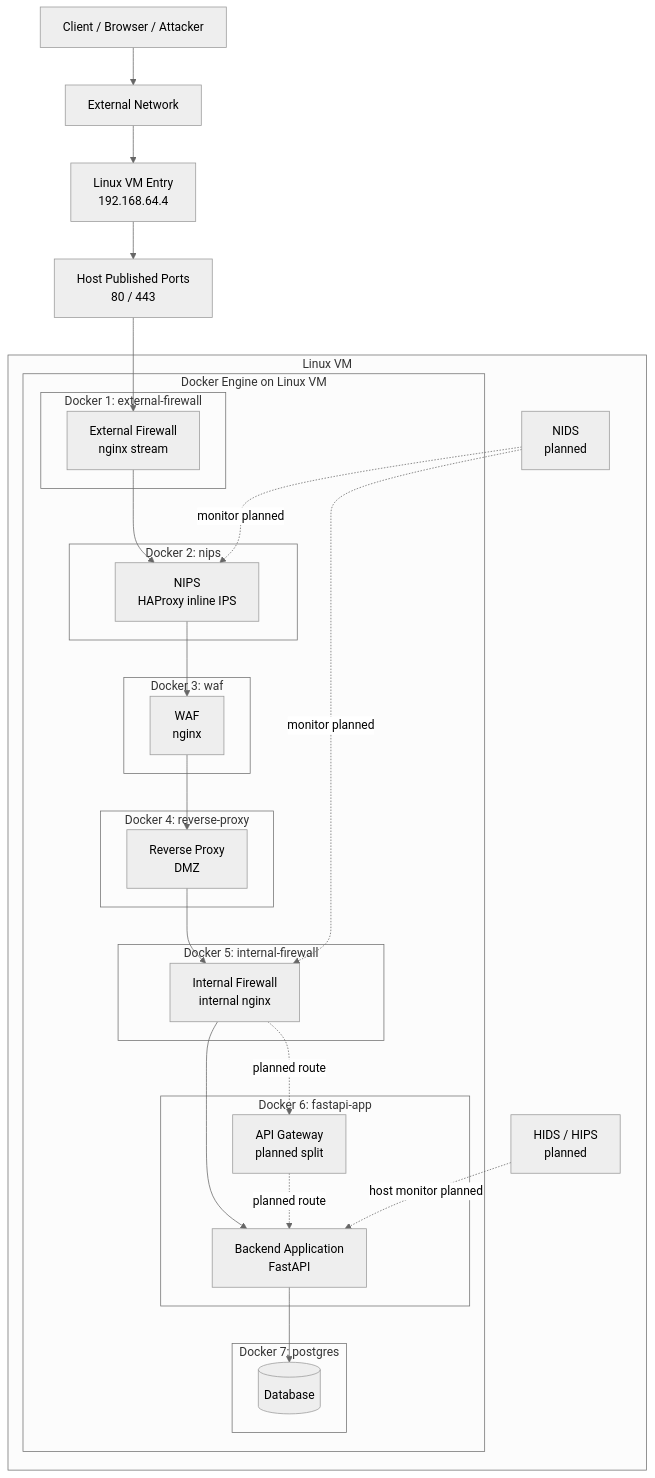
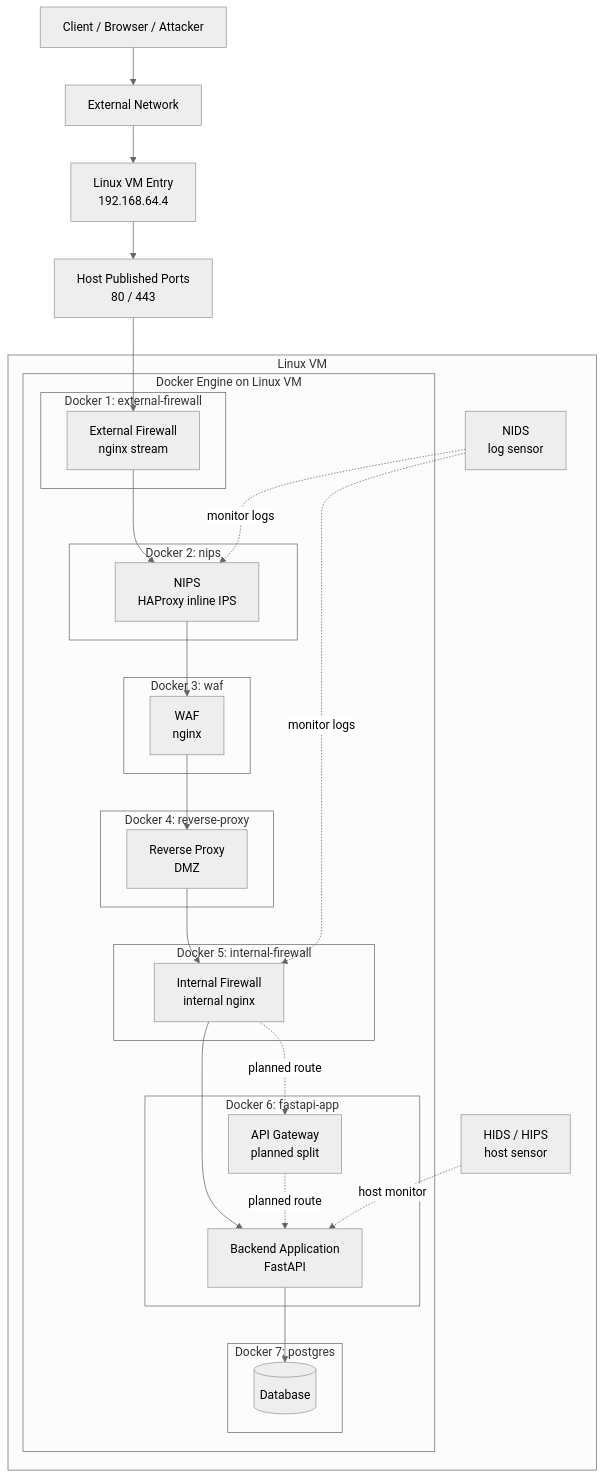
One commit to Buchi-dev-dzn/WebProgramming-ActiveLearner changed the diagram in CURRENT_ARCHITECTURE.md. Above: the diagram before and after it, drawn with Mermaid (neutral theme). The commit also changed other lines of this file and 12 other files, not shown here.

````diff
--- a/CURRENT_ARCHITECTURE.md
+++ b/CURRENT_ARCHITECTURE.md
@@ -7,55 +7,55 @@
 ```mermaid
 graph TD
   Client[Client / Browser / Attacker]
   Internet[External Network]
   VMIP[Linux VM Entry<br/>192.168.64.4]
   HostPorts[Host Published Ports<br/>80 / 443]
 
   Client --> Internet --> VMIP --> HostPorts
 
   subgraph LinuxVM[Linux VM]
     subgraph DockerHost[Docker Engine on Linux VM]
       subgraph Docker1[Docker 1: external-firewall]
         FW1[External Firewall<br/>nginx stream]
       end
 
       subgraph Docker2[Docker 2: nips]
         NIPS[NIPS<br/>HAProxy inline IPS]
       end
 
       subgraph Docker3[Docker 3: waf]
         WAF[WAF<br/>nginx]
       end
 
       subgraph Docker4[Docker 4: reverse-proxy]
         RP[Reverse Proxy<br/>DMZ]
       end
 
       subgraph Docker5[Docker 5: internal-firewall]
         FW2[Internal Firewall<br/>internal nginx]
       end
 
       subgraph Docker6[Docker 6: fastapi-app]
         APIGW[API Gateway<br/>planned split]
         Back[Backend Application<br/>FastAPI]
       end
 
       subgraph Docker7[Docker 7: postgres]
         DB[(Database)]
       end
     end
 
-    NIDS[NIDS<br/>planned]
-    HIDS[HIDS / HIPS<br/>planned]
+    NIDS[NIDS<br/>log sensor]
+    HIDS[HIDS / HIPS<br/>host sensor]
   end
 
   HostPorts --> FW1 --> NIPS --> WAF --> RP --> FW2
   FW2 --> Back
   FW2 -.planned route.-> APIGW
   APIGW -.planned route.-> Back
   Back --> DB
 
-  NIDS -.monitor planned.-> NIPS
-  NIDS -.monitor planned.-> FW2
-  HIDS -.host monitor planned.-> Back
+  NIDS -.monitor logs.-> NIPS
+  NIDS -.monitor logs.-> FW2
+  HIDS -.host monitor.-> Back
 ```
````
